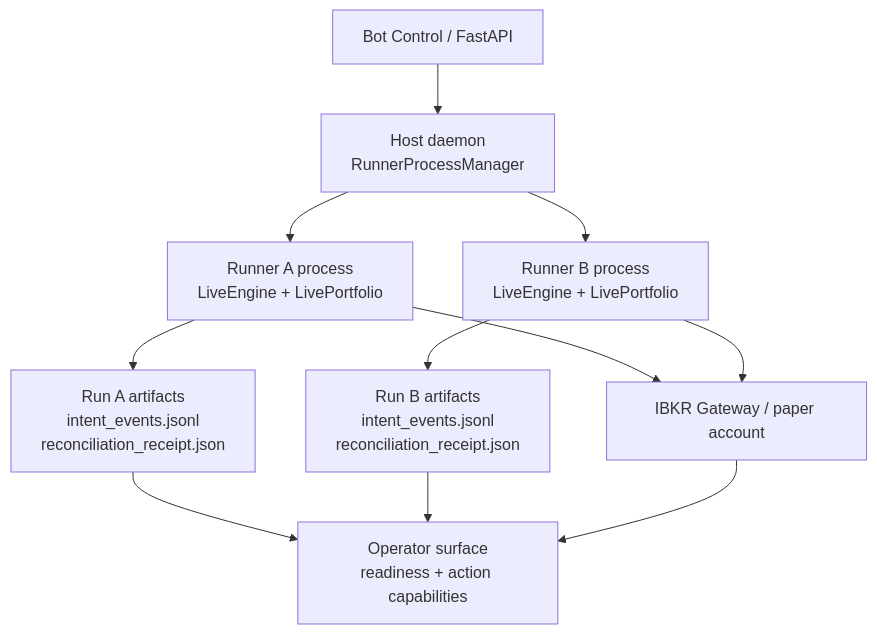
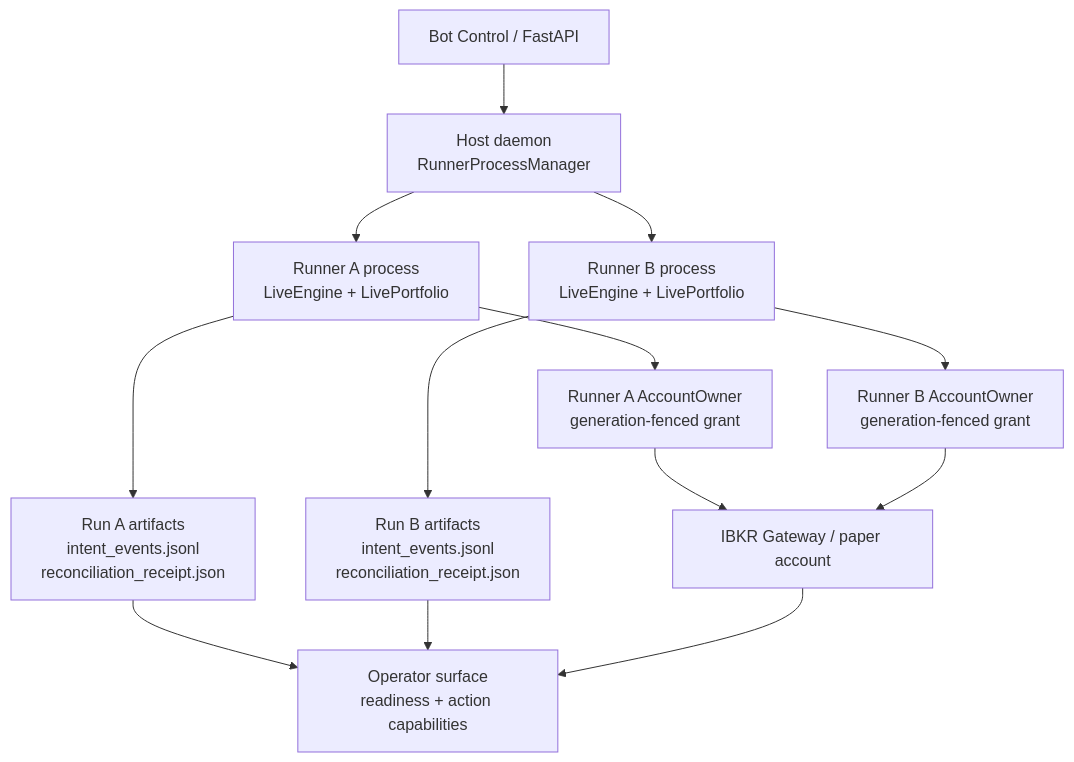
One commit to tim1016/learn-ai changed the diagram in docs/bot-lifecycle-account-owner-authority.md. Above: the diagram before and after it, drawn with Mermaid. The commit also changed other lines of this file and 12 other files, not shown here.

Commit message:
Enforce AccountOwner broker writer fencing

````diff
--- a/docs/bot-lifecycle-account-owner-authority.md
+++ b/docs/bot-lifecycle-account-owner-authority.md
@@ -40,22 +40,26 @@
 ```mermaid
 flowchart TD
     ui["Bot Control / FastAPI"]
     daemon["Host daemon<br/>RunnerProcessManager"]
     r1["Runner A process<br/>LiveEngine + LivePortfolio"]
     r2["Runner B process<br/>LiveEngine + LivePortfolio"]
+    ao1["Runner A AccountOwner<br/>generation-fenced grant"]
+    ao2["Runner B AccountOwner<br/>generation-fenced grant"]
     wal1["Run A artifacts<br/>intent_events.jsonl<br/>reconciliation_receipt.json"]
     wal2["Run B artifacts<br/>intent_events.jsonl<br/>reconciliation_receipt.json"]
     broker["IBKR Gateway / paper account"]
     surface["Operator surface<br/>readiness + action capabilities"]
 
     ui --> daemon
     daemon --> r1
     daemon --> r2
     r1 --> wal1
     r2 --> wal2
-    r1 --> broker
-    r2 --> broker
+    r1 --> ao1
+    r2 --> ao2
+    ao1 --> broker
+    ao2 --> broker
     wal1 --> surface
     wal2 --> surface
     broker --> surface
 ```
````
